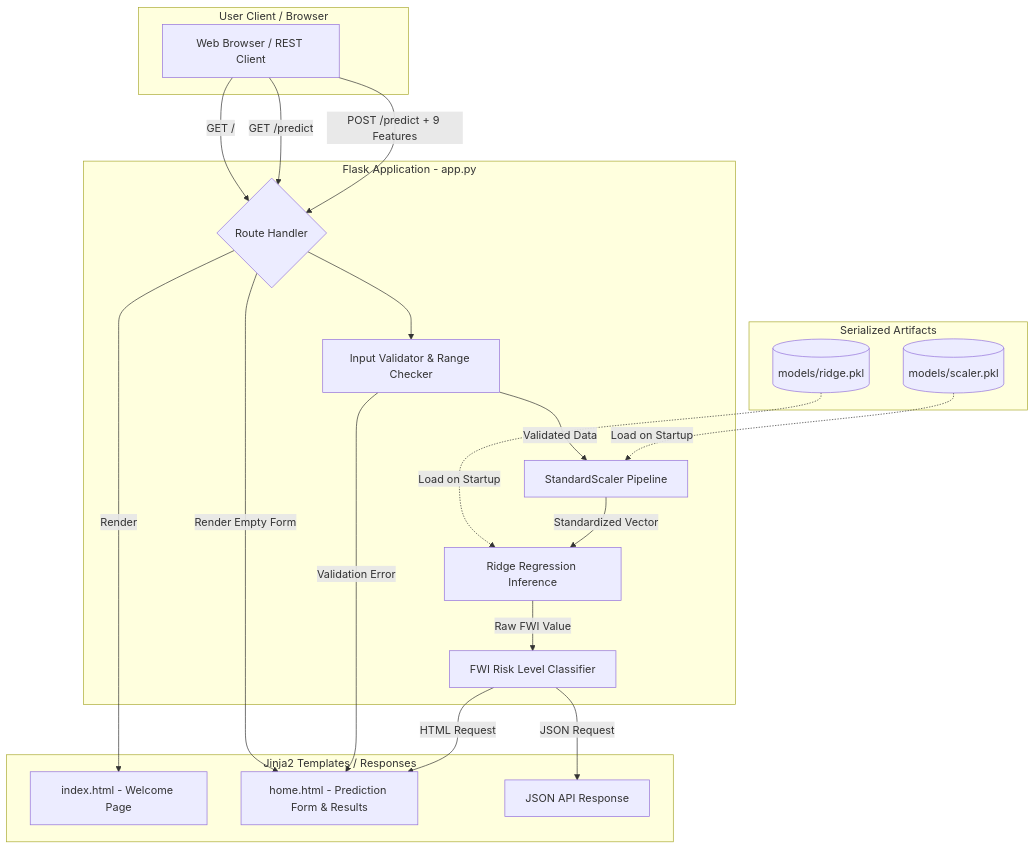
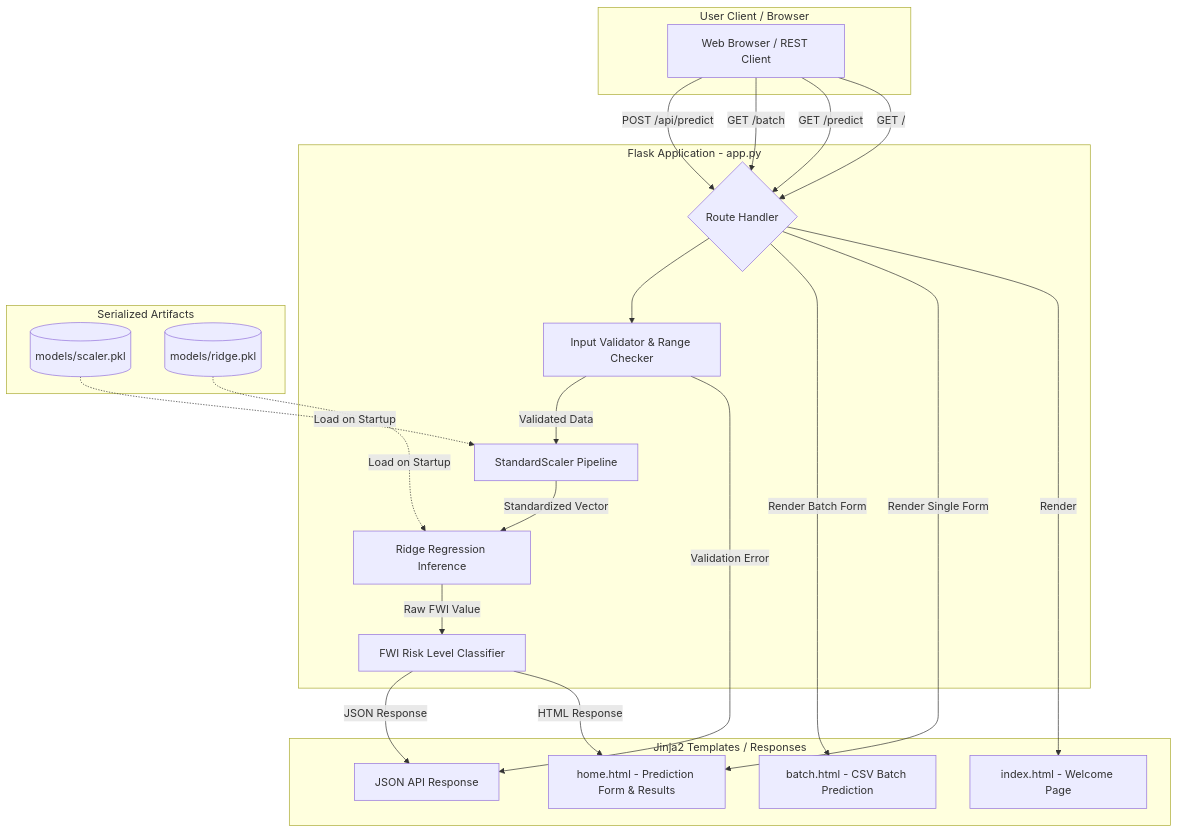
One commit to Katakam-Krupavathi/Forest_Fire changed the first of 2 diagrams in readme.md. Above: the diagram before and after it, drawn with Mermaid. The commit also changed other lines of this file, not shown here.

Commit message:
Update README with Docker, REST API, batch prediction, and feature explainability documentation

````diff
--- a/readme.md
+++ b/readme.md
@@ -54,44 +67,48 @@
 ```mermaid
 flowchart TD
     subgraph Client [User Client / Browser]
         UI[Web Browser / REST Client]
     end
 
     subgraph Server [Flask Application - app.py]
         Router{Route Handler}
         Val[Input Validator & Range Checker]
         Transform[StandardScaler Pipeline]
         Predictor[Ridge Regression Inference]
         RiskCalc[FWI Risk Level Classifier]
     end
 
     subgraph Storage [Serialized Artifacts]
         ScalerFile[(models/scaler.pkl)]
         ModelFile[(models/ridge.pkl)]
     end
 
     subgraph Views [Jinja2 Templates / Responses]
         IndexView[index.html - Welcome Page]
         FormView[home.html - Prediction Form & Results]
+        BatchView[batch.html - CSV Batch Prediction]
         JSONResp[JSON API Response]
     end
 
     UI -->|GET /| Router
     Router -->|Render| IndexView
 
     UI -->|GET /predict| Router
-    Router -->|Render Empty Form| FormView
+    Router -->|Render Single Form| FormView
 
-    UI -->|POST /predict + 9 Features| Router
+    UI -->|GET /batch| Router
+    Router -->|Render Batch Form| BatchView
+
+    UI -->|POST /api/predict| Router
     Router --> Val
-    Val -->|Validation Error| FormView
+    Val -->|Validation Error| JSONResp
     Val -->|Validated Data| Transform
 
     ScalerFile -.->|Load on Startup| Transform
     ModelFile -.->|Load on Startup| Predictor
 
     Transform -->|Standardized Vector| Predictor
     Predictor -->|Raw FWI Value| RiskCalc
-    RiskCalc -->|HTML Request| FormView
-    RiskCalc -->|JSON Request| JSONResp
+    RiskCalc -->|HTML Response| FormView
+    RiskCalc -->|JSON Response| JSONResp
 ```
````
